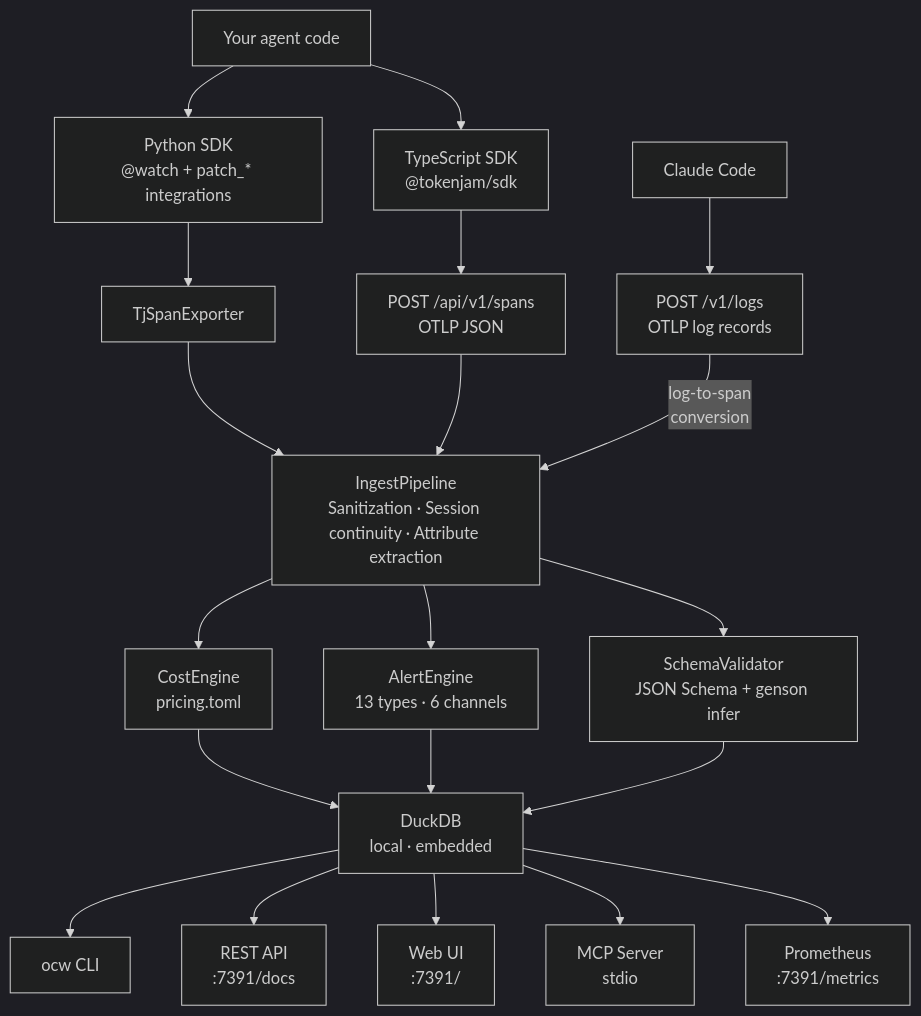
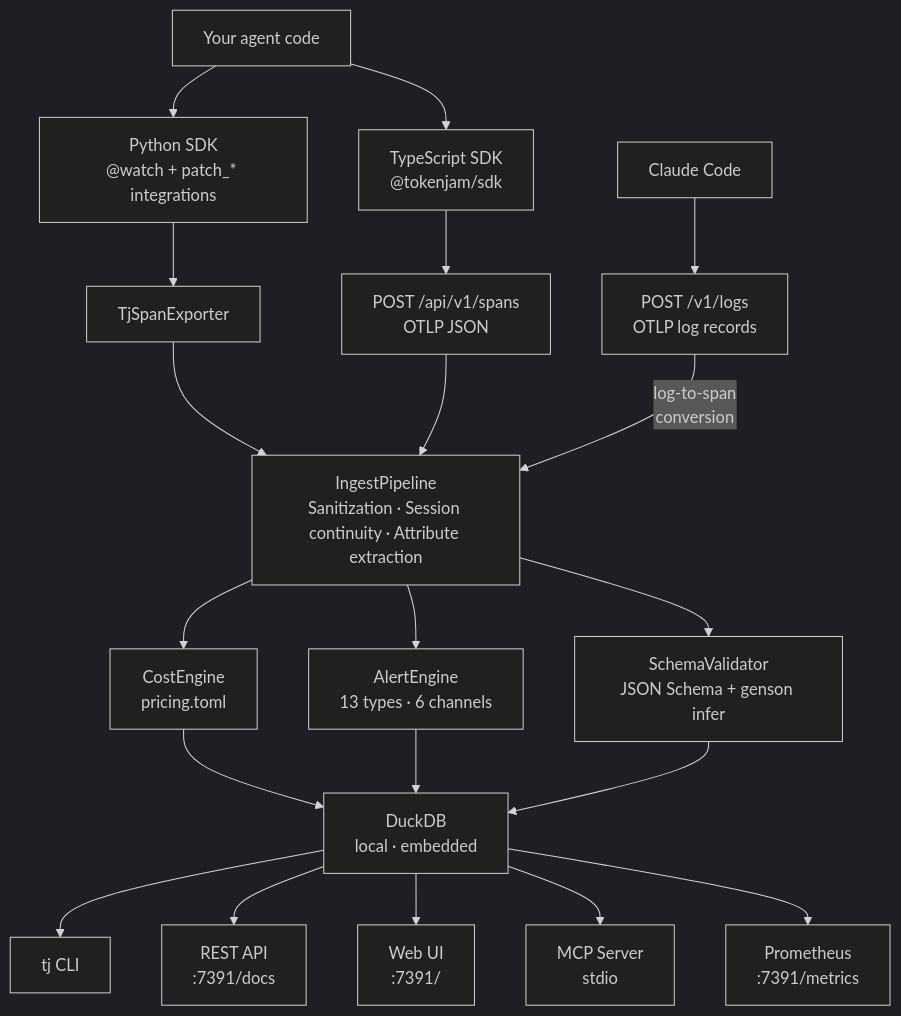
Before and after one commit to Metabuilder-Labs/tokenjam: the diagram in docs/architecture.md, drawn with Mermaid (dark theme). The commit also changed other lines of this file and 51 other files, not shown here.

````diff
--- a/docs/architecture.md
+++ b/docs/architecture.md
@@ -19,32 +19,32 @@
 ```mermaid
 flowchart TD
     Agent["Your agent code"]
     ClaudeCode["Claude Code"]
 
     Agent --> PythonSDK["Python SDK\n@watch + patch_* integrations"]
     Agent --> TypeScriptSDK["TypeScript SDK\n@tokenjam/sdk"]
     ClaudeCode --> Logs["POST /v1/logs\nOTLP log records"]
 
     PythonSDK --> Exporter["TjSpanExporter"]
     TypeScriptSDK --> HTTP["POST /api/v1/spans\nOTLP JSON"]
 
     Exporter --> Ingest
     HTTP --> Ingest
     Logs --> |"log-to-span\nconversion"| Ingest
 
     Ingest["IngestPipeline\nSanitization · Session continuity · Attribute extraction"]
 
     Ingest --> Cost["CostEngine\npricing.toml"]
     Ingest --> Alerts["AlertEngine\n13 types · 6 channels"]
     Ingest --> Schema["SchemaValidator\nJSON Schema + genson infer"]
 
     Cost --> DB["DuckDB\nlocal · embedded"]
     Alerts --> DB
     Schema --> DB
 
-    DB --> CLI["ocw CLI"]
+    DB --> CLI["tj CLI"]
     DB --> API["REST API\n:7391/docs"]
     DB --> WebUI["Web UI\n:7391/"]
     DB --> MCP["MCP Server\nstdio"]
     DB --> Prom["Prometheus\n:7391/metrics"]
 ```
````
